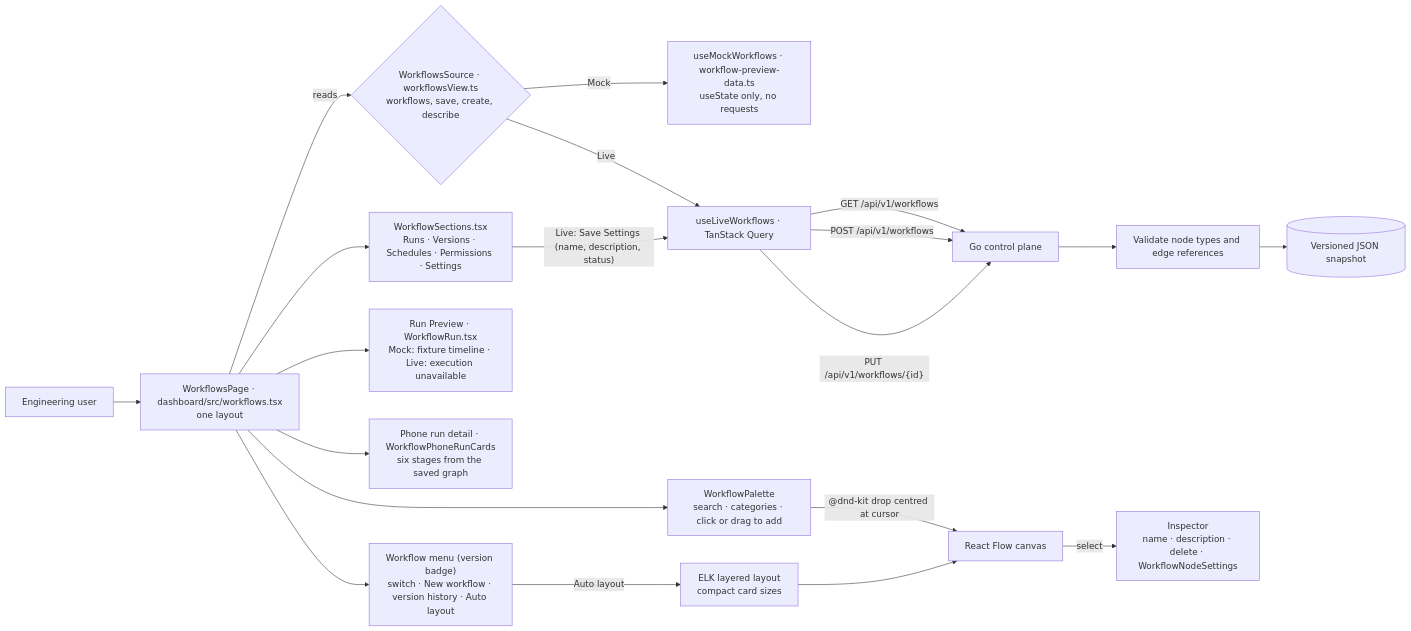
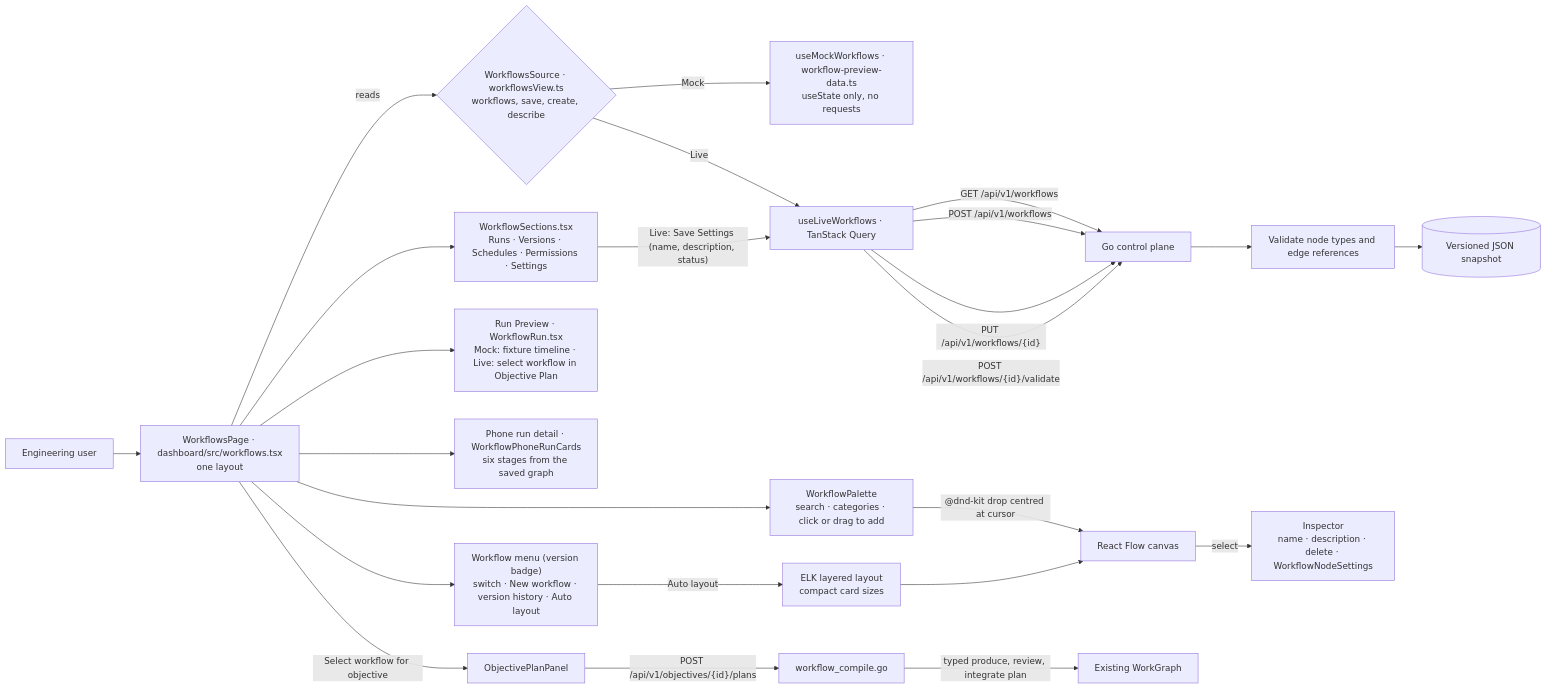
The diagram in docs/features/workflow-builder.md (bogdaniel/zenchron-engineering-os), drawn with Mermaid before and after one commit. The commit also changed other lines of this file and 49 other files, not shown here.

````diff
--- a/docs/features/workflow-builder.md
+++ b/docs/features/workflow-builder.md
@@ -15,22 +15,26 @@
 ```mermaid
 flowchart LR
     User[Engineering user] --> Page["WorkflowsPage · dashboard/src/workflows.tsx<br/>one layout"]
     Page -->|reads| Source{"WorkflowsSource · workflowsView.ts<br/>workflows, save, create, describe"}
     Source -->|Mock| Fixtures["useMockWorkflows · workflow-preview-data.ts<br/>useState only, no requests"]
     Source -->|Live| Hook["useLiveWorkflows · TanStack Query"]
     Hook -->|GET /api/v1/workflows| API[Go control plane]
     Hook -->|POST /api/v1/workflows| API
     Hook -->|"PUT /api/v1/workflows/{id}"| API
+    Hook -->|"POST /api/v1/workflows/{id}/validate"| API
     API --> Validate[Validate node types and edge references]
     Validate --> Store[(Versioned JSON snapshot)]
     Page --> Menu["Workflow menu (version badge)<br/>switch · New workflow · version history · Auto layout"]
     Page --> Palette["WorkflowPalette<br/>search · categories · click or drag to add"]
     Palette -->|"@dnd-kit drop centred at cursor"| Canvas[React Flow canvas]
     Menu -->|Auto layout| ELK["ELK layered layout<br/>compact card sizes"]
     ELK --> Canvas
     Canvas -->|select| Inspector["Inspector<br/>name · description · delete · WorkflowNodeSettings"]
-    Page --> RunPreview["Run Preview · WorkflowRun.tsx<br/>Mock: fixture timeline · Live: execution unavailable"]
+    Page --> RunPreview["Run Preview · WorkflowRun.tsx<br/>Mock: fixture timeline · Live: select workflow in Objective Plan"]
     Page --> Phone["Phone run detail · WorkflowPhoneRunCards<br/>six stages from the saved graph"]
     Page --> Sections["WorkflowSections.tsx<br/>Runs · Versions · Schedules · Permissions · Settings"]
     Sections -->|"Live: Save Settings (name, description, status)"| Hook
+    Page -->|"Select workflow for objective"| Objective[ObjectivePlanPanel]
+    Objective -->|"POST /api/v1/objectives/{id}/plans"| Compiler[workflow_compile.go]
+    Compiler -->|typed produce, review, integrate plan| WorkGraph[Existing WorkGraph]
 ```
````
